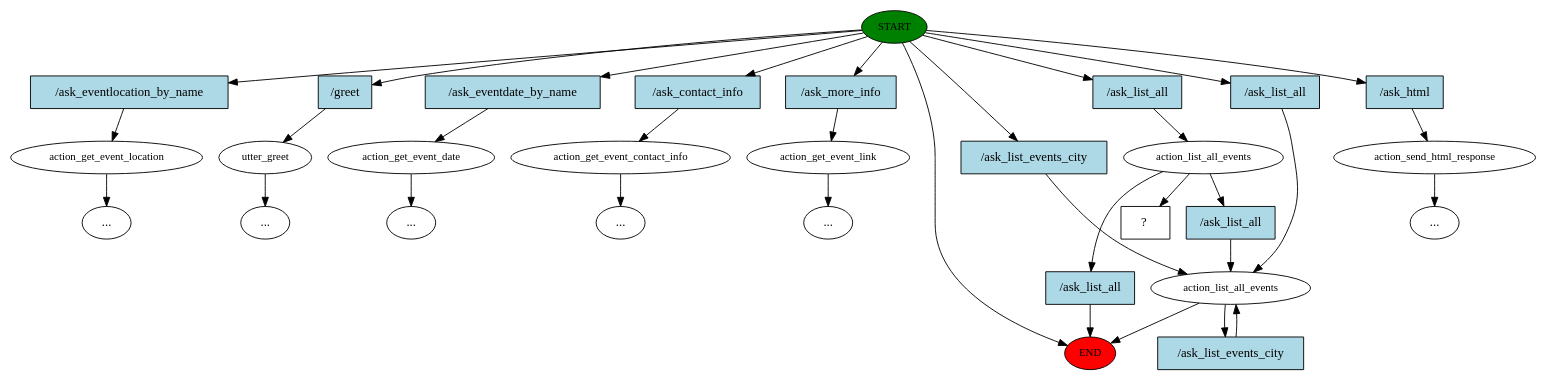
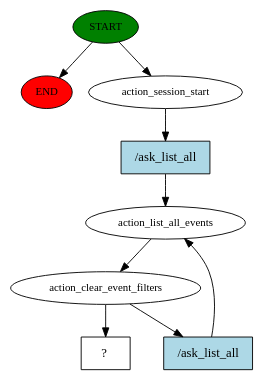
One commit to EhteshamBahoo/Tic8M8_Bot changed the diagram in story_graph.dot. Above: the diagram before and after it, drawn with Graphviz. The commit also changed 11 other files, not shown here.

First line of the commit message:
List All function working without UI

```diff
--- a/story_graph.dot
+++ b/story_graph.dot
@@ -1,64 +1,18 @@
 digraph  {
 0 [class="start active", fillcolor=green, fontsize=12, label=START, style=filled];
 "-1" [class=end, fillcolor=red, fontsize=12, label=END, style=filled];
-1 [class="", fontsize=12, label=action_get_event_location];
-2 [class="", fontsize=12, label=utter_greet];
-3 [class="", fontsize=12, label=action_get_event_date];
-4 [class="", fontsize=12, label=action_get_event_contact_info];
-"-6" [class=ellipsis, label="..."];
-5 [class="", fontsize=12, label=action_get_event_link];
-7 [class="", fontsize=12, label=action_list_all_events];
-"-9" [class=ellipsis, label="..."];
-"-11" [class=ellipsis, label="..."];
-"-12" [class=ellipsis, label="..."];
-13 [class=active, fontsize=12, label=action_list_all_events];
-16 [class="", fontsize=12, label=action_send_html_response];
-"-13" [class=ellipsis, label="..."];
-"-17" [class=ellipsis, label="..."];
-23 [class="intent dashed active", label="  ?  ", shape=rect];
-24 [class=intent, fillcolor=lightblue, label="/ask_eventlocation_by_name", shape=rect, style=filled];
-25 [class=intent, fillcolor=lightblue, label="/greet", shape=rect, style=filled];
-26 [class=intent, fillcolor=lightblue, label="/ask_eventdate_by_name", shape=rect, style=filled];
-27 [class=intent, fillcolor=lightblue, label="/ask_contact_info", shape=rect, style=filled];
-28 [class=intent, fillcolor=lightblue, label="/ask_more_info", shape=rect, style=filled];
-29 [class=intent, fillcolor=lightblue, label="/ask_list_events_city", shape=rect, style=filled];
-30 [class=intent, fillcolor=lightblue, label="/ask_list_all", shape=rect, style=filled];
-31 [class="intent active", fillcolor=lightblue, label="/ask_list_all", shape=rect, style=filled];
-32 [class=intent, fillcolor=lightblue, label="/ask_html", shape=rect, style=filled];
-33 [class=intent, fillcolor=lightblue, label="/ask_list_events_city", shape=rect, style=filled];
-34 [class=intent, fillcolor=lightblue, label="/ask_list_all", shape=rect, style=filled];
-35 [class=intent, fillcolor=lightblue, label="/ask_list_all", shape=rect, style=filled];
+1 [class=active, fontsize=12, label=action_session_start];
+2 [class=active, fontsize=12, label=action_list_all_events];
+3 [class=active, fontsize=12, label=action_clear_event_filters];
+6 [class="intent dashed active", label="  ?  ", shape=rect];
+7 [class="intent active", fillcolor=lightblue, label="/ask_list_all", shape=rect, style=filled];
+8 [class="intent active", fillcolor=lightblue, label="/ask_list_all", shape=rect, style=filled];
 0 -> "-1"  [class="", key=NONE, label=""];
-0 -> 24  [class="", key=0];
-0 -> 25  [class="", key=0];
-0 -> 26  [class="", key=0];
-0 -> 27  [class="", key=0];
-0 -> 28  [class="", key=0];
-0 -> 29  [class="", key=0];
-0 -> 30  [class="", key=0];
-0 -> 31  [class=active, key=0];
-0 -> 32  [class="", key=0];
-1 -> "-12"  [class="", key=NONE, label=""];
-2 -> "-17"  [class="", key=NONE, label=""];
-3 -> "-11"  [class="", key=NONE, label=""];
-4 -> "-6"  [class="", key=NONE, label=""];
-5 -> "-9"  [class="", key=NONE, label=""];
-7 -> "-1"  [class="", key=NONE, label=""];
-7 -> 33  [class="", key=0];
-13 -> 23  [class=active, key=NONE, label=""];
-13 -> 34  [class="", key=0];
-13 -> 35  [class="", key=0];
-16 -> "-13"  [class="", key=NONE, label=""];
-24 -> 1  [class="", key=0];
-25 -> 2  [class="", key=0];
-26 -> 3  [class="", key=0];
-27 -> 4  [class="", key=0];
-28 -> 5  [class="", key=0];
-29 -> 7  [class="", key=0];
-30 -> 7  [class="", key=0];
-31 -> 13  [class=active, key=0];
-32 -> 16  [class="", key=0];
-33 -> 7  [class="", key=0];
-34 -> 7  [class="", key=0];
-35 -> "-1"  [class="", key=0];
+0 -> 1  [class=active, key=NONE, label=""];
+1 -> 7  [class=active, key=0];
+2 -> 3  [class=active, key=NONE, label=""];
+3 -> 6  [class=active, key=NONE, label=""];
+3 -> 8  [class=active, key=0];
+7 -> 2  [class=active, key=0];
+8 -> 2  [class=active, key=0];
 }
```
